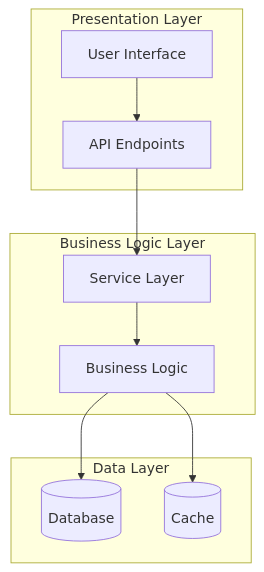
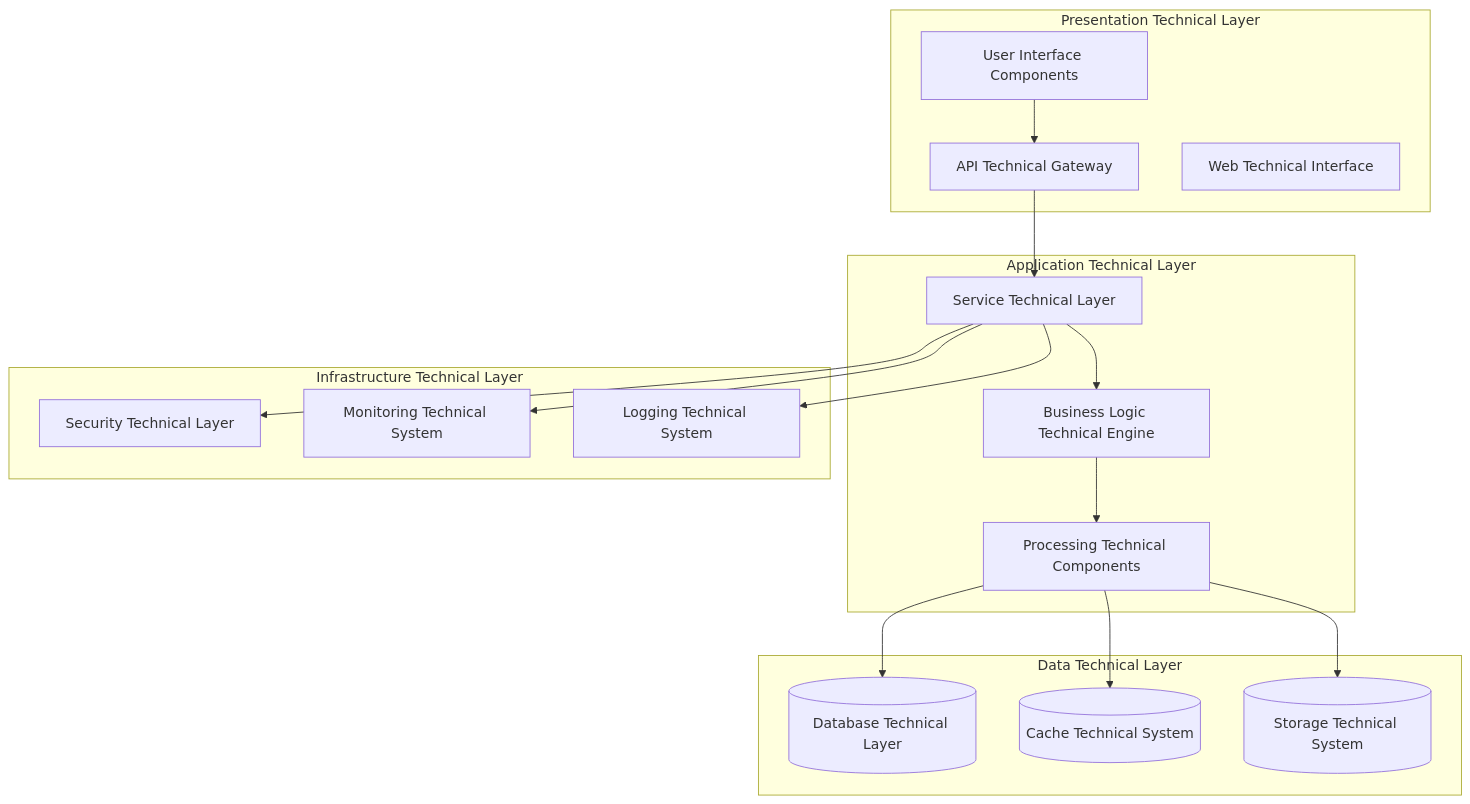
The first of 8 diagrams in src/KoalaWiki/Prompts/Warehouse/GenerateDocs.md (xincheng213618/OpenDeepWiki), drawn with Mermaid before and after one commit. The commit also changed other lines of this file and 4 other files, not shown here.

````diff
--- a/src/KoalaWiki/Prompts/Warehouse/GenerateDocs.md
+++ b/src/KoalaWiki/Prompts/Warehouse/GenerateDocs.md
@@ -185,20 +248,33 @@
 ```mermaid
 graph TB
-    subgraph "Presentation Layer"
-        UI[User Interface]
-        API[API Endpoints]
+    subgraph "Presentation Technical Layer"
+        UI[User Interface Components]
+        API[API Technical Gateway]
+        WEB[Web Technical Interface]
     end
-    subgraph "Business Logic Layer"
-        SVC[Service Layer]
-        BL[Business Logic]
+    subgraph "Application Technical Layer"
+        SVC[Service Technical Layer]
+        BL[Business Logic Technical Engine]
+        PROC[Processing Technical Components]
     end
-    subgraph "Data Layer"
-        DB[(Database)]
-        CACHE[(Cache)]
+    subgraph "Data Technical Layer"
+        DB[(Database Technical Layer)]
+        CACHE[(Cache Technical System)]
+        STORE[(Storage Technical System)]
+    end
+    subgraph "Infrastructure Technical Layer"
+        SEC[Security Technical Layer]
+        MON[Monitoring Technical System]
+        LOG[Logging Technical System]
     end
     UI --> API
     API --> SVC
     SVC --> BL
-    BL --> DB
-    BL --> CACHE
+    BL --> PROC
+    PROC --> DB
+    PROC --> CACHE
+    PROC --> STORE
+    SVC --> SEC
+    SVC --> MON
+    SVC --> LOG
 ```
````
